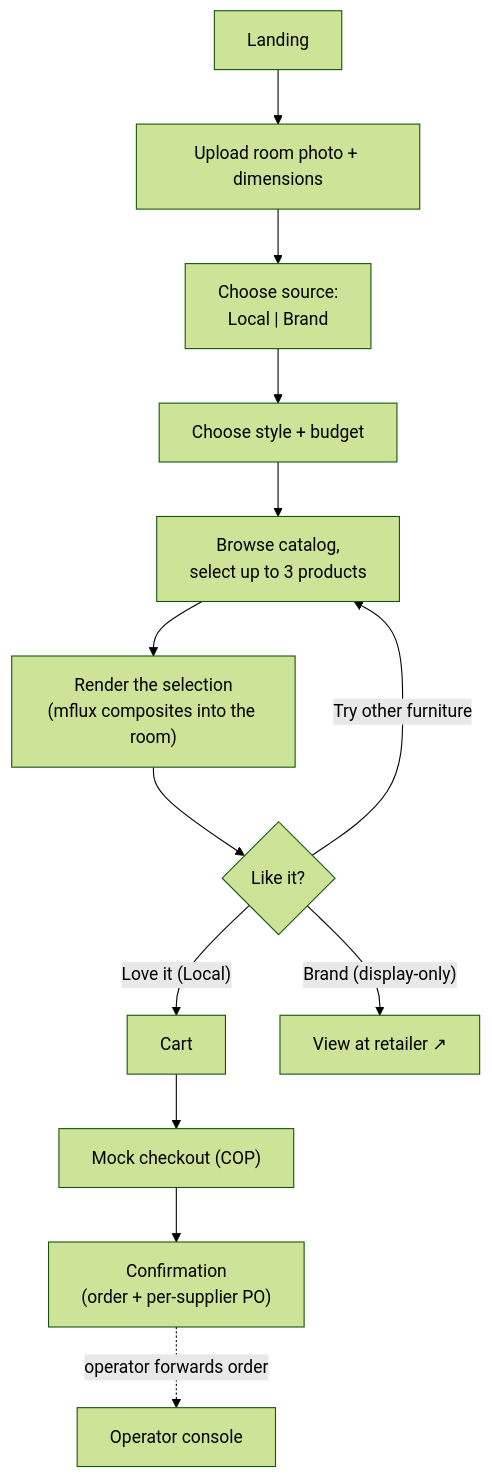
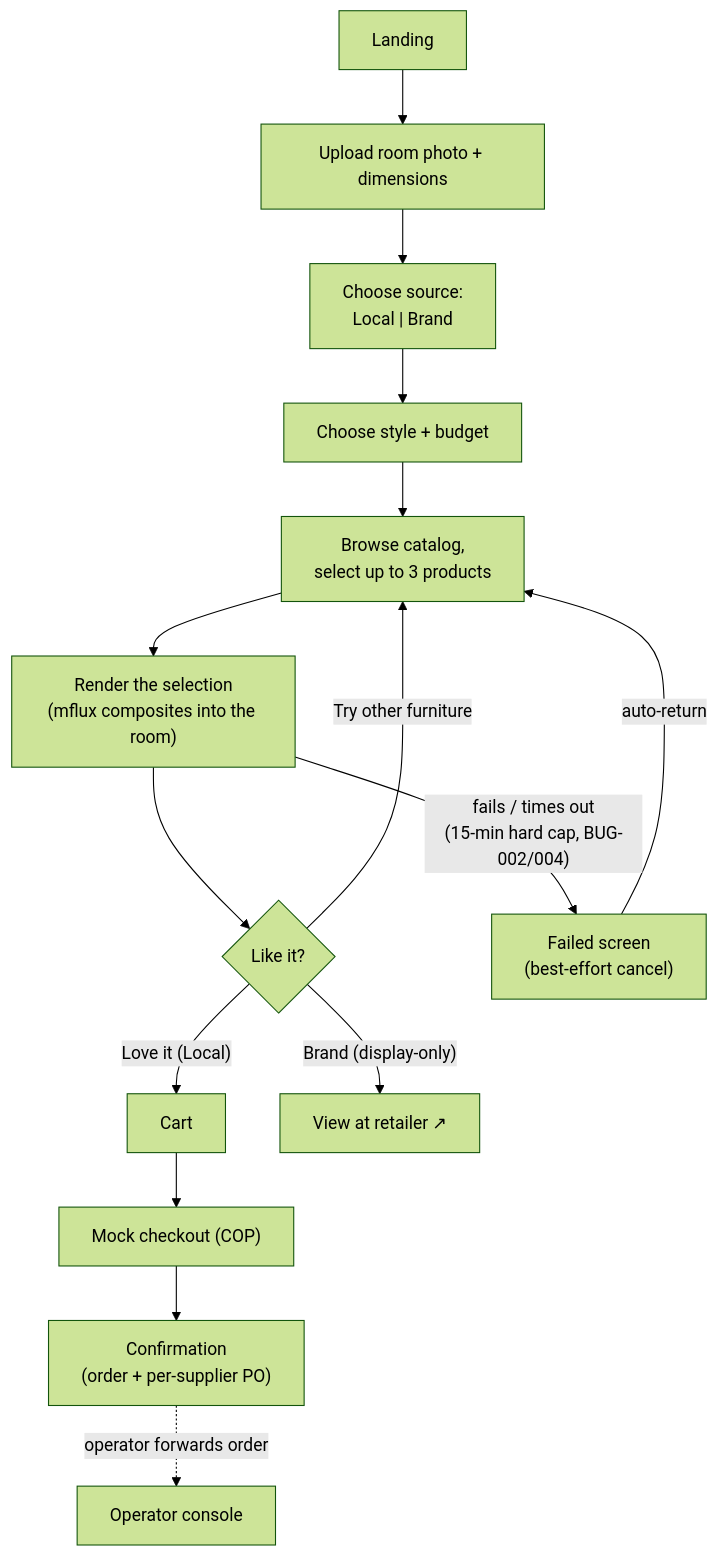
Before and after one commit to erickmdgz/spazio: the second of 3 diagrams in docs_en/00_overview.md, drawn with Mermaid (forest theme). The commit also changed other lines of this file and 4 other files, not shown here.

````diff
--- a/docs_en/00_overview.md
+++ b/docs_en/00_overview.md
@@ -61,15 +61,17 @@
 ```mermaid
 flowchart TD
   A["Landing"] --> P["Upload room photo + dimensions"]
   P --> S["Choose source:<br/>Local | Brand"]
   S --> ST["Choose style + budget"]
   ST --> BR["Browse catalog,<br/>select up to 3 products"]
   BR --> RN["Render the selection<br/>(mflux composites into the room)"]
   RN --> Q{"Like it?"}
+  RN -->|"fails / times out<br/>(15-min hard cap, BUG-002/004)"| RF["Failed screen<br/>(best-effort cancel)"]
+  RF -->|"auto-return"| BR
   Q -->|"Try other furniture"| BR
   Q -->|"Love it (Local)"| C["Cart"]
   Q -->|"Brand (display-only)"| V["View at retailer ↗"]
   C --> CO["Mock checkout (COP)"]
   CO --> CF["Confirmation<br/>(order + per-supplier PO)"]
   CF -.->|"operator forwards order"| OP["Operator console"]
 ```
````
